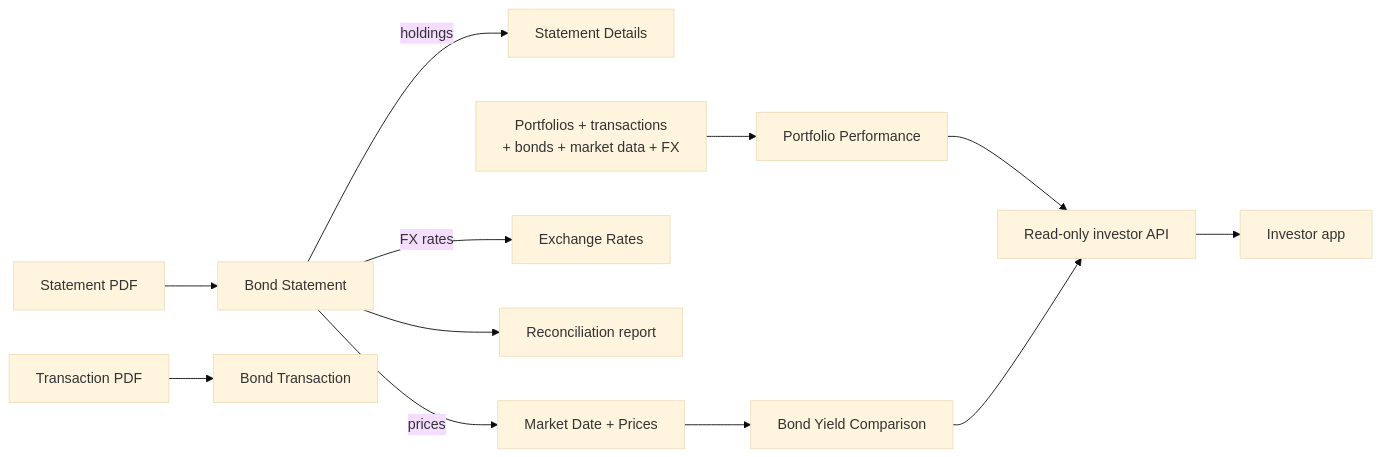
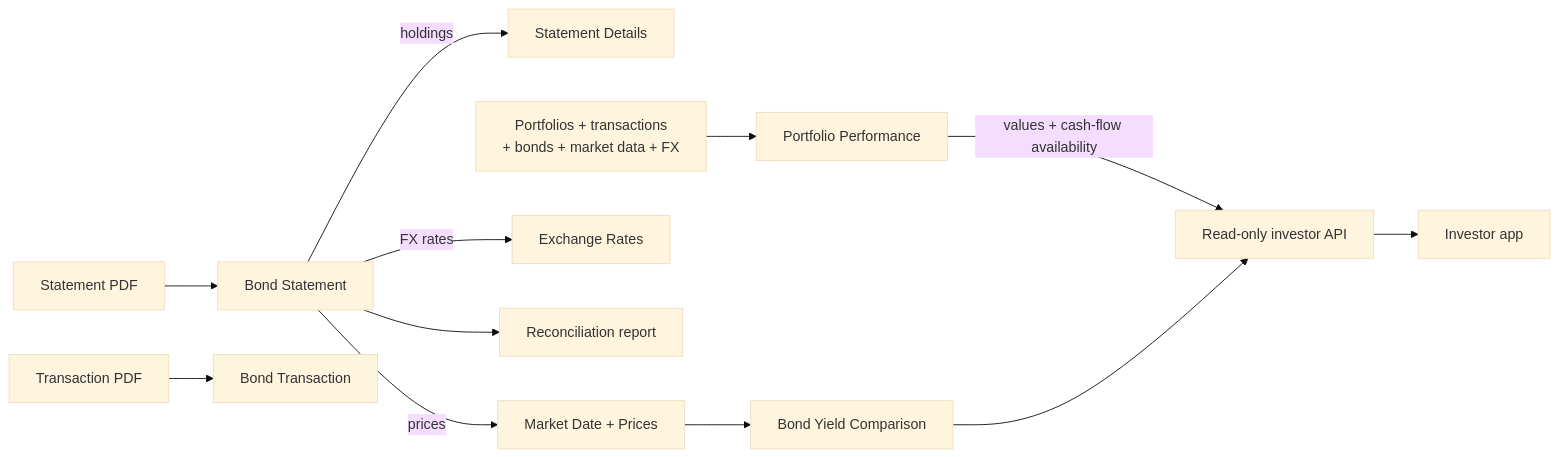
Before and after one commit to dee-pat/bond_management: the second of 2 diagrams in docs/domain-model.md, drawn with Mermaid (base theme). The commit also changed other lines of this file and 37 other files, not shown here.

````diff
--- a/docs/domain-model.md
+++ b/docs/domain-model.md
@@ -59,22 +62,22 @@
 ```mermaid
 flowchart LR
     SPDF["Statement PDF"] --> BS["Bond Statement"]
     TPDF["Transaction PDF"] --> BT["Bond Transaction"]
 
     BS -->|"holdings"| BSD["Statement Details"]
     BS -->|"prices"| MARKET["Market Date + Prices"]
     BS -->|"FX rates"| FX["Exchange Rates"]
     BS --> REPORT["Reconciliation report"]
 
     DATA["Portfolios + transactions<br/>+ bonds + market data + FX"]
     PP["Portfolio Performance"]
     YIELD["Bond Yield Comparison"]
     API["Read-only investor API"]
     SPA["Investor app"]
 
     DATA --> PP
     MARKET --> YIELD
-    PP --> API
+    PP -->|"values + cash-flow availability"| API
     YIELD --> API
     API --> SPA
 ```
````
